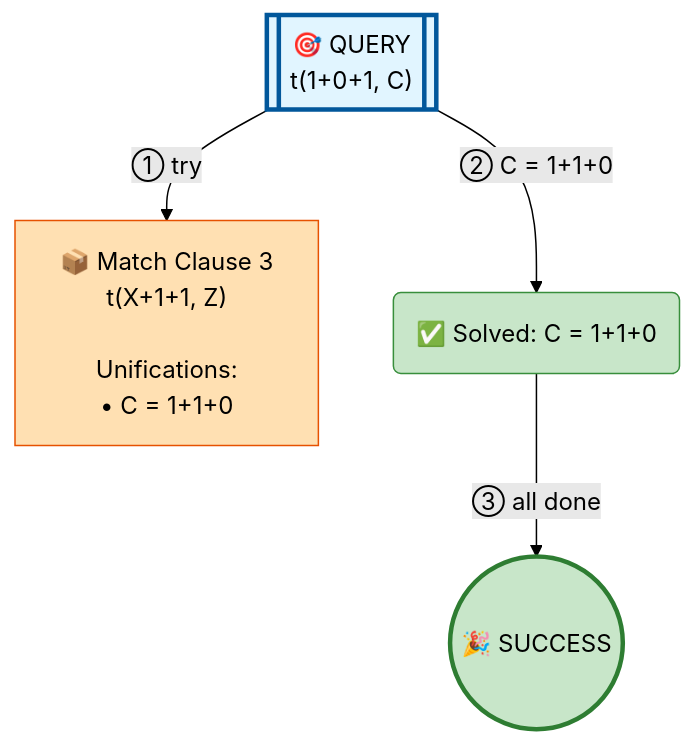
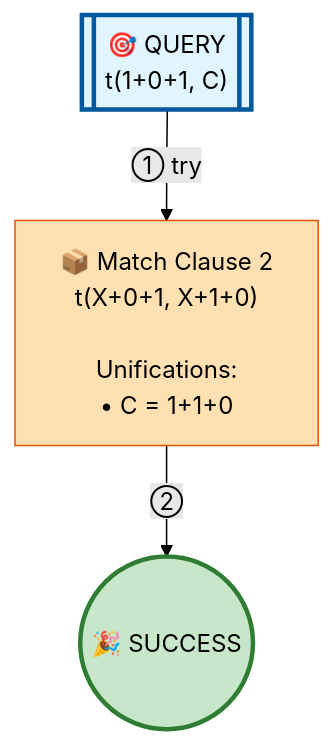
One commit to jarecsni/prolog-trace-viz changed the diagram in examples/operator-detailed.md. Above: the diagram before and after it, drawn with Mermaid (forest theme). The commit also changed other lines of this file and 24 other files, not shown here.

````diff
--- a/examples/operator-detailed.md
+++ b/examples/operator-detailed.md
@@ -19,20 +19,17 @@
 ```mermaid
 graph TD
 
 %% Nodes
 A[["🎯 QUERY<br/>t(1+0+1, C)"]]
-B["📦 Match Clause 3<br/>t(X+1+1, Z)<br/><br/>Unifications:<br/>• C = 1+1+0"]
-C("✅ Solved: C = 1+1+0")
-D(("🎉 SUCCESS"))
+B["📦 Match Clause 2<br/>t(X+0+1, X+1+0)<br/><br/>Unifications:<br/>• C = 1+1+0"]
+C(("🎉 SUCCESS"))
 
 %% Edges
 A -->|"① try"| B
-A -->|"② C = 1+1+0"| C
-C -->|"③ all done"| D
+B -->|"②"| C
 
 %% Styles
 style A fill:#e1f5ff,stroke:#01579b,stroke-width:3px
 style B fill:#ffe0b2,stroke:#e65100
-style C fill:#c8e6c9,stroke:#388e3c
-style D fill:#c8e6c9,stroke:#2e7d32,stroke-width:3px
+style C fill:#c8e6c9,stroke:#2e7d32,stroke-width:3px
 ```
````
